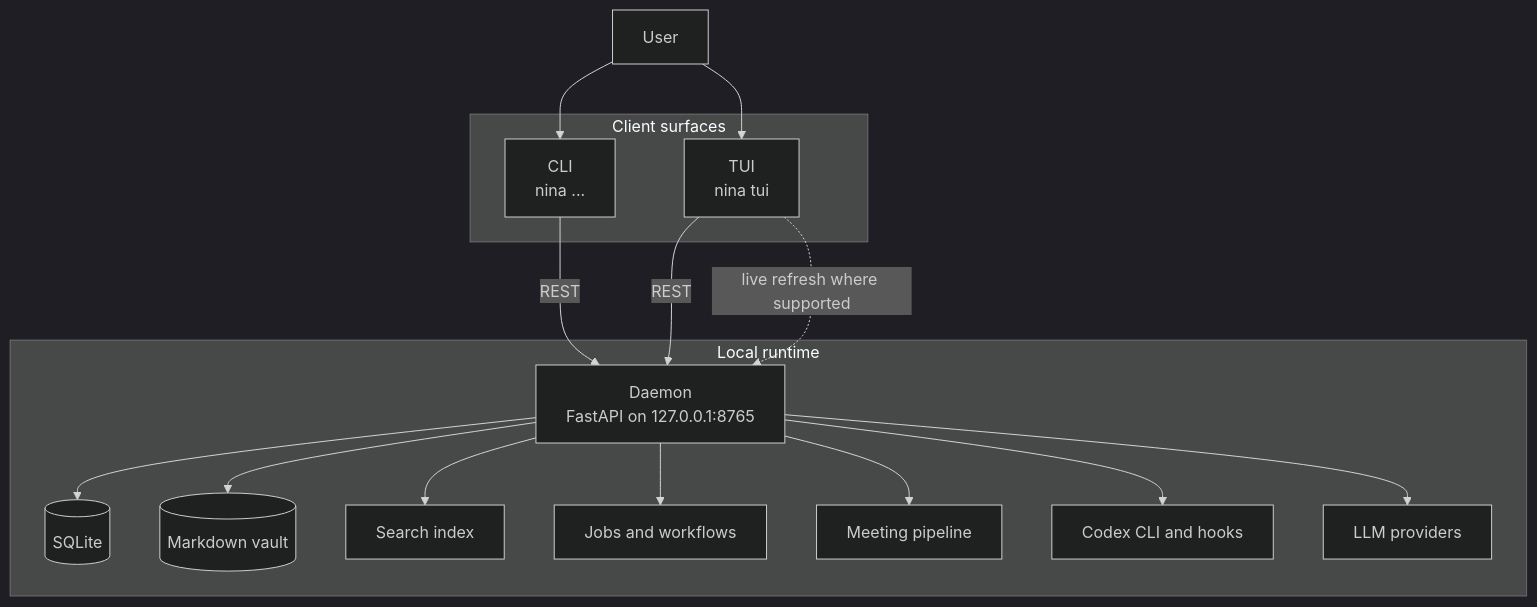
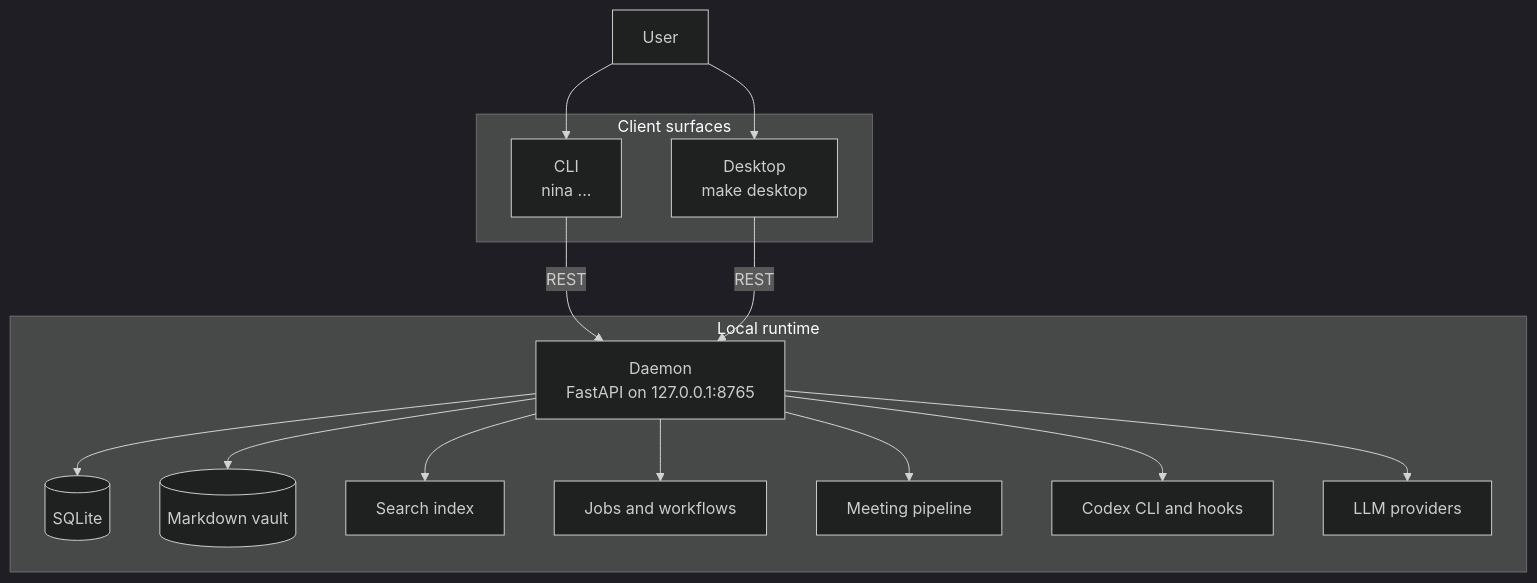
Before and after one commit to pedroaz/nina: the diagram in README.md, drawn with Mermaid (dark theme). The commit also changed other lines of this file and 115 other files, not shown here.

````diff
--- a/README.md
+++ b/README.md
@@ -43,34 +43,33 @@
 ```mermaid
 flowchart TB
   User[User]
 
   subgraph Clients[Client surfaces]
     CLI["CLI<br/>nina ..."]
-    TUI["TUI<br/>nina tui"]
+    Desktop["Desktop<br/>make desktop"]
   end
 
   subgraph Runtime[Local runtime]
     Daemon["Daemon<br/>FastAPI on 127.0.0.1:8765"]
     SQLite[(SQLite)]
     Vault[(Markdown vault)]
     Search[Search index]
     Jobs[Jobs and workflows]
     Meetings[Meeting pipeline]
     Codex[Codex CLI and hooks]
     LLM[LLM providers]
   end
 
   User --> CLI
-  User --> TUI
+  User --> Desktop
   CLI -->|REST| Daemon
-  TUI -->|REST| Daemon
-  TUI -.->|live refresh where supported| Daemon
+  Desktop -->|REST| Daemon
 
   Daemon --> SQLite
   Daemon --> Vault
   Daemon --> Search
   Daemon --> Jobs
   Daemon --> Meetings
   Daemon --> Codex
   Daemon --> LLM
 ```
````
